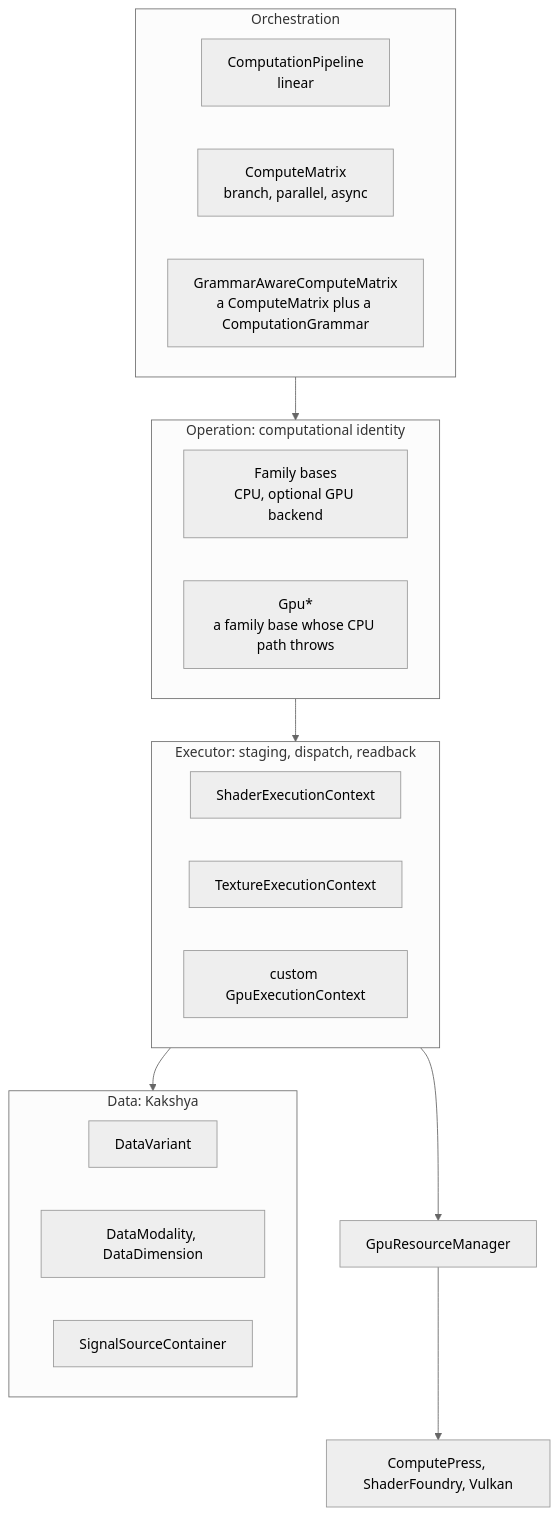
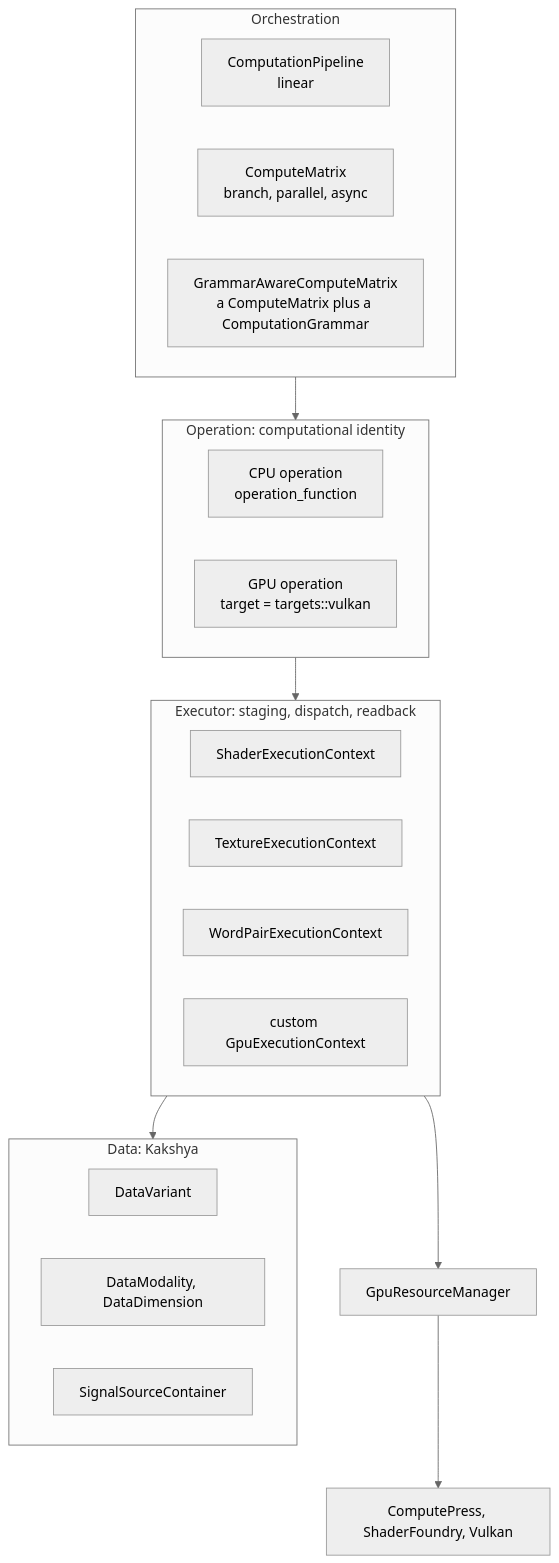
One commit to MayaFlux/MayaFlux changed the first of 14 diagrams in docs/GPGPU-Guide.md. Above: the diagram before and after it, drawn with Mermaid (neutral theme). The commit also changed other lines of this file and 3 other files, not shown here.

````diff
--- a/docs/GPGPU-Guide.md
+++ b/docs/GPGPU-Guide.md
@@ -9,28 +9,29 @@
 ```mermaid
 flowchart TB
     subgraph ORCH["Orchestration"]
         direction LR
         CP["ComputationPipeline<br/>linear"]
         CM["ComputeMatrix<br/>branch, parallel, async"]
         GM["GrammarAwareComputeMatrix<br/>a ComputeMatrix plus a ComputationGrammar"]
     end
     subgraph OPS["Operation: computational identity"]
         direction LR
-        U["Family bases<br/>CPU, optional GPU backend"]
-        G["Gpu*<br/>a family base whose CPU path throws"]
+        U["CPU operation<br/>operation_function"]
+        G["GPU operation<br/>target = targets::vulkan"]
     end
     subgraph EXEC["Executor: staging, dispatch, readback"]
         direction LR
         SEC["ShaderExecutionContext"]
         TEC["TextureExecutionContext"]
+        WPC["WordPairExecutionContext"]
         CUS["custom GpuExecutionContext"]
     end
     subgraph DATA["Data: Kakshya"]
         direction LR
         DV["DataVariant"]
         DM["DataModality, DataDimension"]
         SSC["SignalSourceContainer"]
     end
     ORCH --> OPS --> EXEC --> DATA
     EXEC --> RM["GpuResourceManager"] --> VK["ComputePress, ShaderFoundry, Vulkan"]
 ```
````
